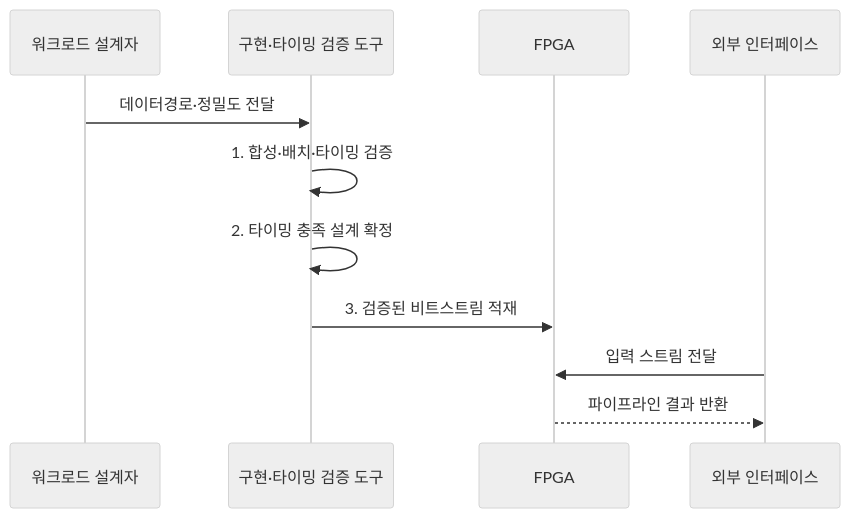
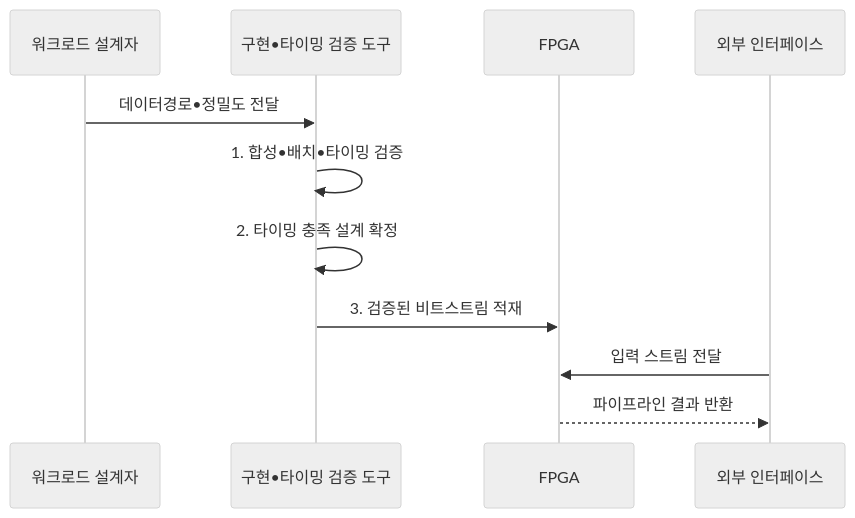
One commit to agnusdei1207/knowledge-base changed the second of 2 diagrams in src/content/docs/notes/08-latest-tech/143_fpga_ai_acceleration.md. Above: the diagram before and after it, drawn with Mermaid (neutral theme). The commit also changed other lines of this file and 953 other files, not shown here.

````diff
--- a/src/content/docs/notes/08-latest-tech/143_fpga_ai_acceleration.md
+++ b/src/content/docs/notes/08-latest-tech/143_fpga_ai_acceleration.md
@@ -105,13 +105,13 @@
 ```mermaid
 sequenceDiagram
     participant W as 워크로드 설계자
-    participant T as 구현·타이밍 검증 도구
+    participant T as 구현•타이밍 검증 도구
     participant F as FPGA
     participant I as 외부 인터페이스
-    W->>T: 데이터경로·정밀도 전달
-    T->>T: 1. 합성·배치·타이밍 검증
+    W->>T: 데이터경로•정밀도 전달
+    T->>T: 1. 합성•배치•타이밍 검증
     T->>T: 2. 타이밍 충족 설계 확정
     T->>F: 3. 검증된 비트스트림 적재
     I->>F: 입력 스트림 전달
     F-->>I: 파이프라인 결과 반환
 ```
````
